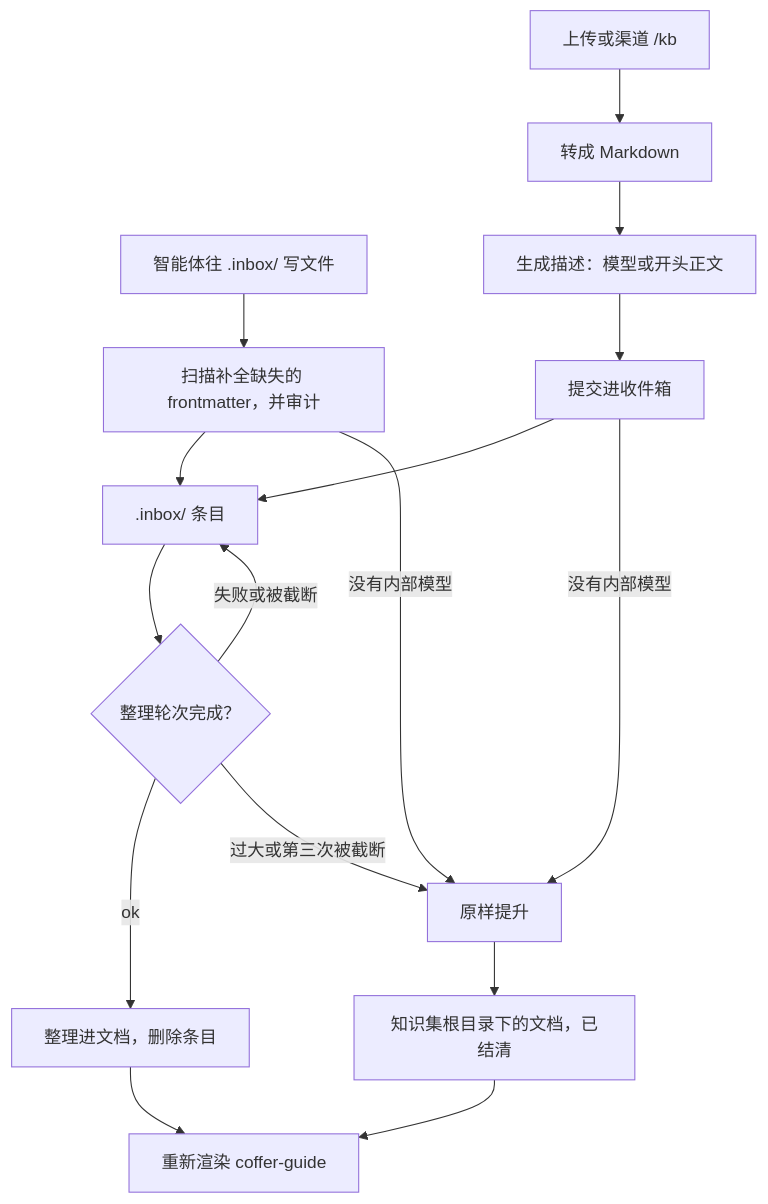
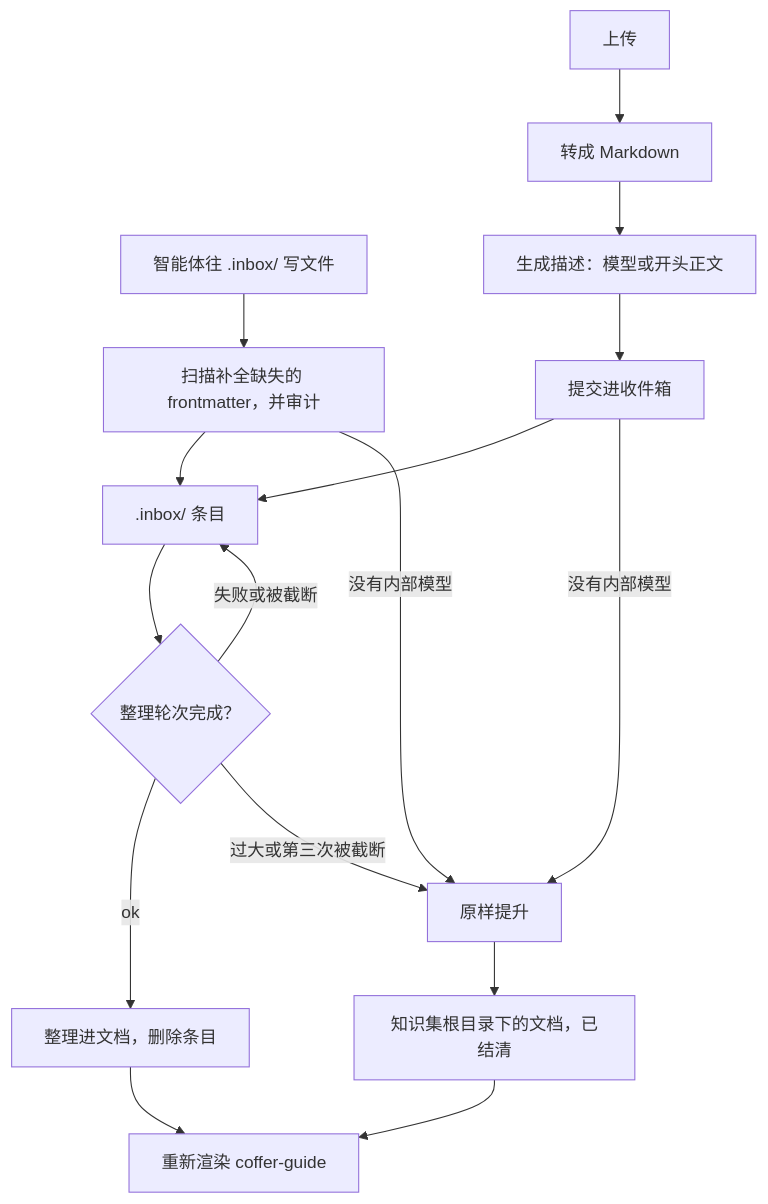
The first of 3 diagrams in docs-site/zh/architecture/knowledge.md (wyx-sg/Coffer), drawn with Mermaid before and after one commit. The commit also changed other lines of this file and 66 other files, not shown here.

````diff
--- a/docs-site/zh/architecture/knowledge.md
+++ b/docs-site/zh/architecture/knowledge.md
@@ -98,18 +97,18 @@
 ```mermaid
 flowchart TD
   W["智能体往 .inbox/ 写文件"] --> N["扫描补全缺失的 frontmatter，并审计"]
-  U["上传或渠道 /kb"] --> C["转成 Markdown"]
+  U["上传"] --> C["转成 Markdown"]
   C --> D["生成描述：模型或开头正文"]
   D --> S["提交进收件箱"]
   S --> I[".inbox/ 条目"]
   N --> I
   S -->|"没有内部模型"| P["原样提升"]
   N -->|"没有内部模型"| P
   I --> Q{"整理轮次完成？"}
   Q -->|"ok"| M["整理进文档，删除条目"]
   Q -->|"失败或被截断"| I
   Q -->|"过大或第三次被截断"| P
   P --> DOC["知识集根目录下的文档，已结清"]
   M --> G["重新渲染 coffer-guide"]
   DOC --> G
 ```
````
